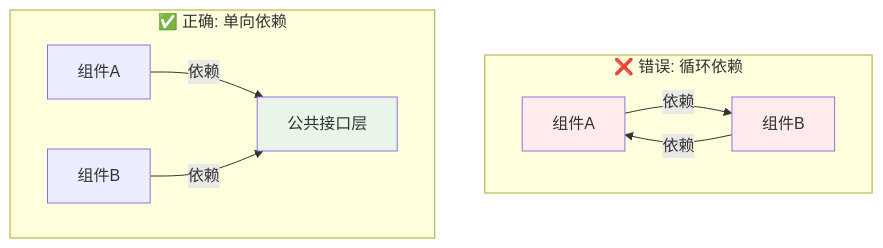
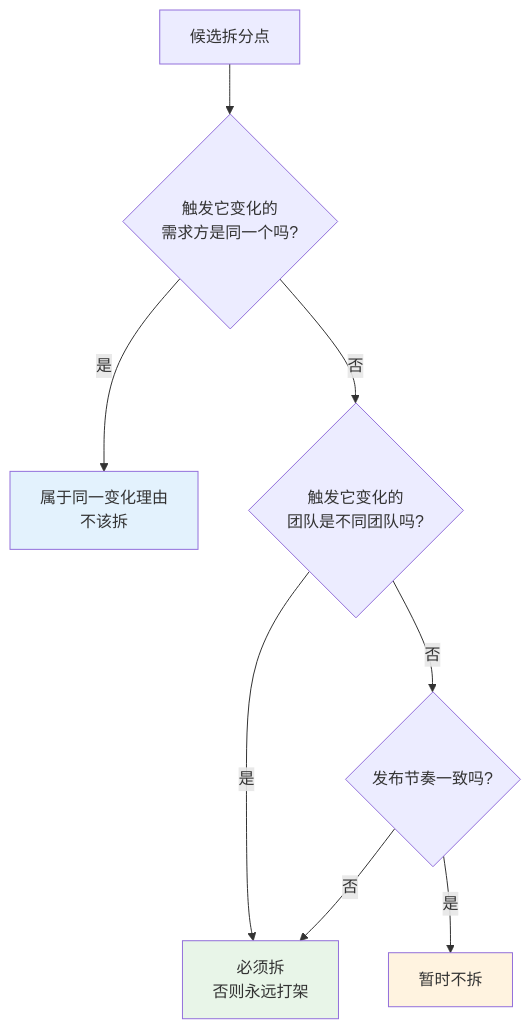
Before and after one commit to chongyang211/YCBookBlog: the third of 10 diagrams in docs/10.真经/05.方案设计思想/02.组件化方案的设计.md, drawn with Mermaid. The commit also changed other lines of this file and 36 other files, not shown here.

````diff
--- a/docs/10.真经/05.方案设计思想/02.组件化方案的设计.md
+++ b/docs/10.真经/05.方案设计思想/02.组件化方案的设计.md
@@ -222,16 +354,14 @@
 ```mermaid
-graph TB
-    subgraph "❌ 错误: 循环依赖"
-        A1[组件A] -->|依赖| B1[组件B]
-        B1 -->|依赖| A1
-    end
+flowchart TD
+    A[候选拆分点] --> Q1{触发它变化的<br/>需求方是同一个吗?}
+    Q1 -->|是| Merge[属于同一变化理由<br/>不该拆]
+    Q1 -->|否| Q2{触发它变化的<br/>团队是不同团队吗?}
+    Q2 -->|是| Split[必须拆<br/>否则永远打架]
+    Q2 -->|否| Q3{发布节奏一致吗?}
+    Q3 -->|否| Split
+    Q3 -->|是| Hold[暂时不拆]
     
-    subgraph "✅ 正确: 单向依赖"
-        A2[组件A] -->|依赖| Common[公共接口层]
-        B2[组件B] -->|依赖| Common
-    end
-    
-    style A1 fill:#ffebee
-    style B1 fill:#ffebee
-    style Common fill:#e8f5e8
+    style Split fill:#e8f5e8
+    style Merge fill:#e3f2fd
+    style Hold fill:#fff3e0
 ```
````
